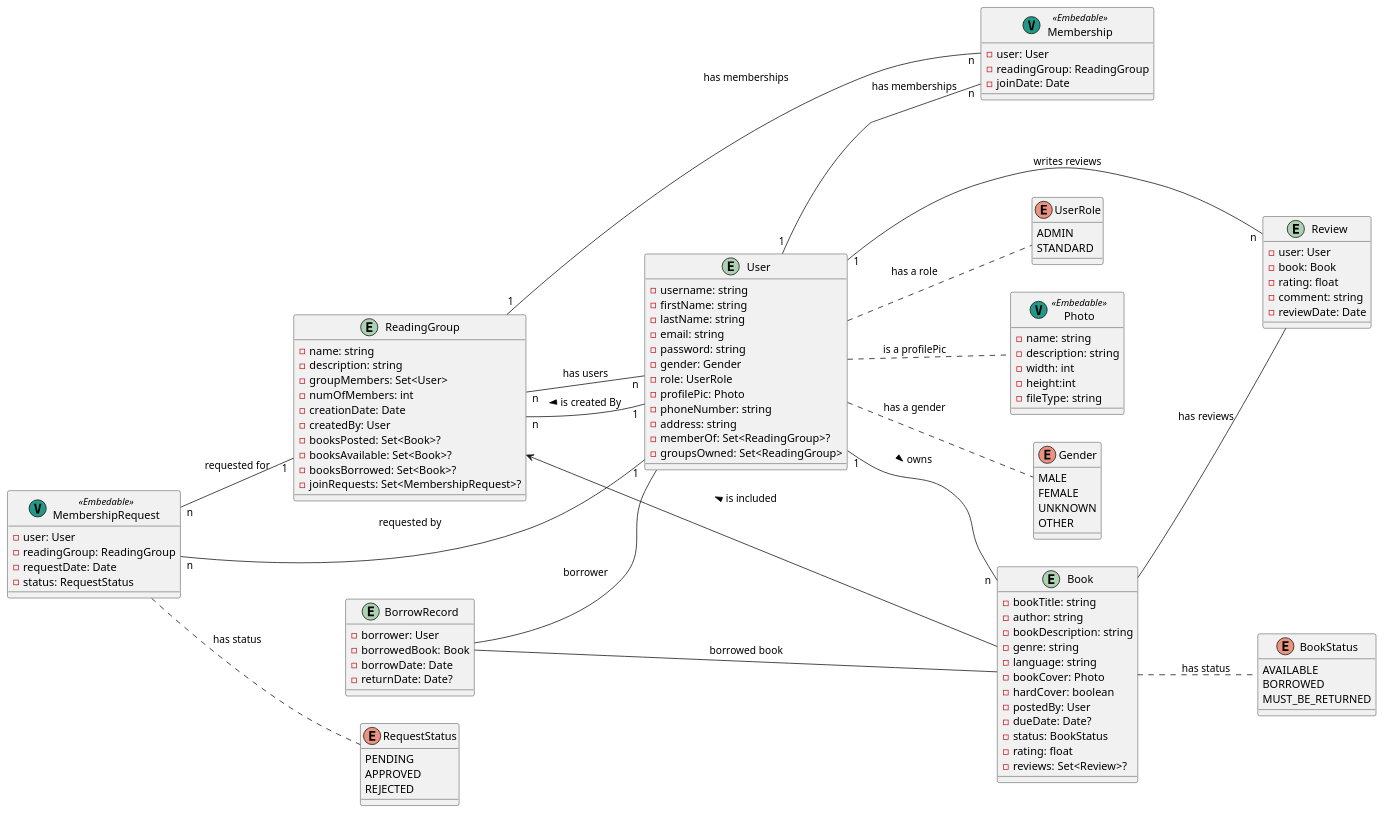
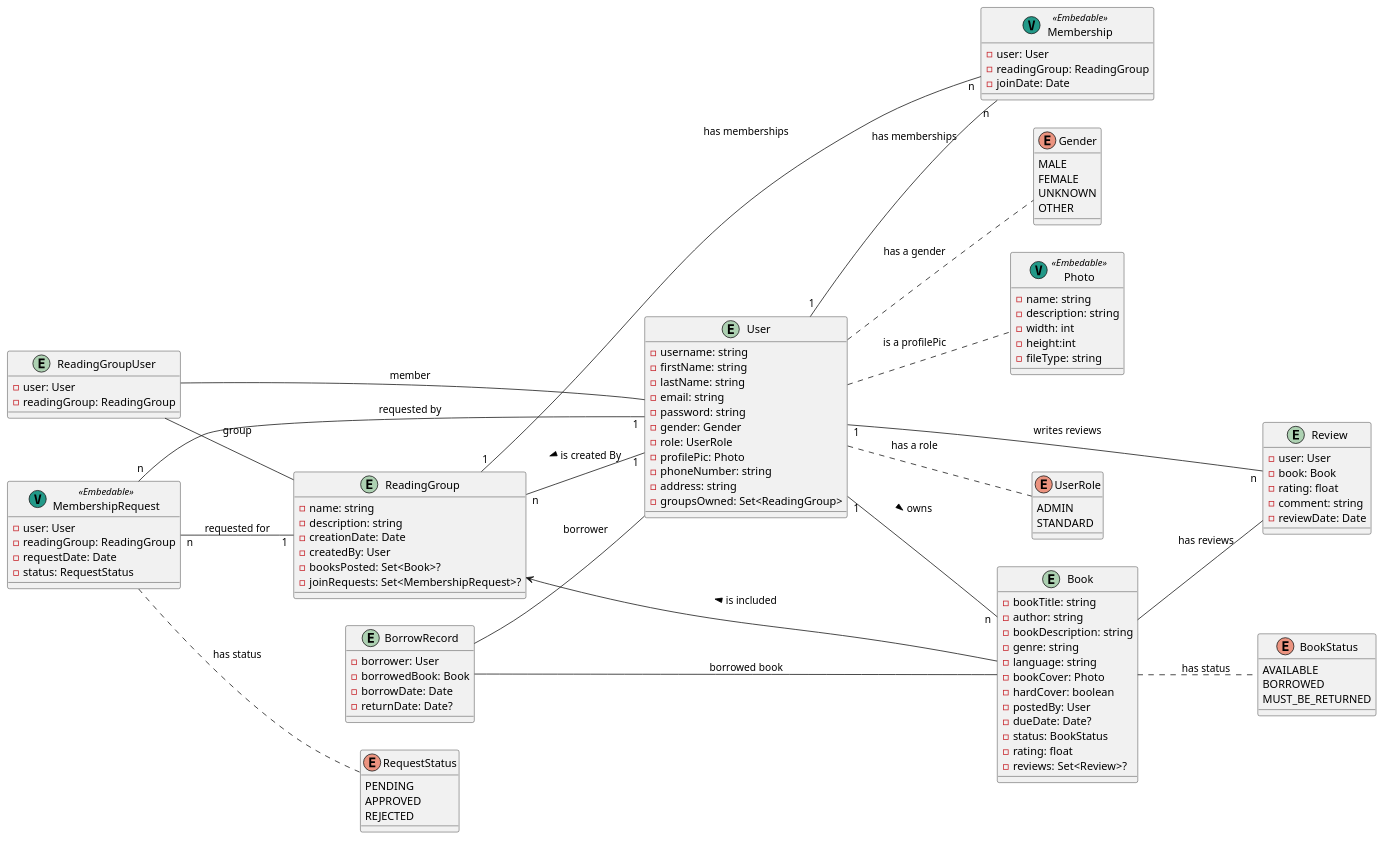
Before and after one commit to magdalinamihova/temp1: the diagram in src/main/plantuml/pos-project.puml, drawn with PlantUML. The commit also changed 15 other files, not shown here.

Commit message:
All test bugs fixed(Before implementing MembershipRepotest and ReadingGroupRepoTest)

```diff
--- a/src/main/plantuml/pos-project.puml
+++ b/src/main/plantuml/pos-project.puml
@@ -1,126 +1,132 @@
 @startuml
 'TODO please format ref: https://htlspengergasse.sharepoint.com/sites/SJ2324_4EHIF/_layouts/15/stream.aspx?id=%2Fsites%2FSJ2324%5F4EHIF%2FFreigegebene%20Dokumente%2FPOS1%5FJava%2FRecordings%2FMeeting%20in%20%5FPOS1%5FJava%5F%2D20230927%5F080959%2DMeeting%20Recording%2Emp4
 left to right direction
 
 enum UserRole {
   ADMIN
   STANDARD
 }
 
 entity BorrowRecord {
   -borrower: User
   -borrowedBook: Book
   -borrowDate: Date
   -returnDate: Date?
 }
 
 entity Review {
   -user: User
   -book: Book
   -rating: float
   -comment: string
   -reviewDate: Date
 }
 
 enum RequestStatus {
   PENDING
   APPROVED
   REJECTED
 }
 
 entity Book {
   -bookTitle: string
   -author: string
   -bookDescription: string
   -genre: string
-  - language: string
+  -language: string
   -bookCover: Photo
   -hardCover: boolean
   -postedBy: User
   -dueDate: Date?
   -status: BookStatus
   -rating: float
   -reviews: Set<Review>?
 }
 
 entity User {
   -username: string
   -firstName: string
   -lastName: string
   -email: string
   -password: string
   -gender: Gender
   -role: UserRole
   -profilePic: Photo
   -phoneNumber: string
   -address: string
-  -memberOf: Set<ReadingGroup>?
+'  -memberOf: Set<ReadingGroup>?
   -groupsOwned: Set<ReadingGroup>
 }
 
 entity ReadingGroup {
   -name: string
   -description: string
-  -groupMembers: Set<User>
-  -numOfMembers: int
+'  -groupMembers: Set<User>
+'  -numOfMembers: int
   -creationDate: Date
   -createdBy: User
   -booksPosted: Set<Book>?
-  -booksAvailable: Set<Book>?
-  -booksBorrowed: Set<Book>?
+'  -booksAvailable: Set<Book>? will be methods
+'  -booksBorrowed: Set<Book>?
   -joinRequests: Set<MembershipRequest>?
+}
+
+entity ReadingGroupUser{
+    -user: User
+    -readingGroup: ReadingGroup
 }
 
 class MembershipRequest << (V,#229988) Embedable>> {
   -user: User
   -readingGroup: ReadingGroup
   -requestDate: Date
   -status: RequestStatus
 }
 
 enum BookStatus {
   AVAILABLE
   BORROWED
   MUST_BE_RETURNED
 }
 
 enum Gender {
   MALE
   FEMALE
   UNKNOWN
   OTHER
 }
 
 class Membership << (V,#229988) Embedable>>{
   -user: User
   -readingGroup: ReadingGroup
   -joinDate: Date
 }
 
 class Photo << (V,#229988) Embedable>> {
   -name: string
   -description: string
   -width: int
   -height:int
   -fileType: string
 }
 
 User .. UserRole : has a role
 User .. Photo : is a profilePic
 User .. Gender : has a gender
 User "1" -- "n" Book : > owns
 ReadingGroup <-- Book : < is included
-ReadingGroup "n" -- "n" User : has users
 ReadingGroup "n" -- "1" User : < is created By
 BorrowRecord -- User : borrower
 BorrowRecord -- Book : borrowed book
+ReadingGroupUser -- User : member
+ReadingGroupUser -- ReadingGroup : group
 Book -- Review : has reviews
 User "1" -- "n" Review : writes reviews
 User "1" -- "n" Membership : has memberships
 ReadingGroup "1" -- "n" Membership : has memberships
 MembershipRequest "n" -- "1" User : requested by
 MembershipRequest "n" -- "1" ReadingGroup : requested for
 Book .. BookStatus : has status
 MembershipRequest .. RequestStatus : has status
 
 @enduml
```
